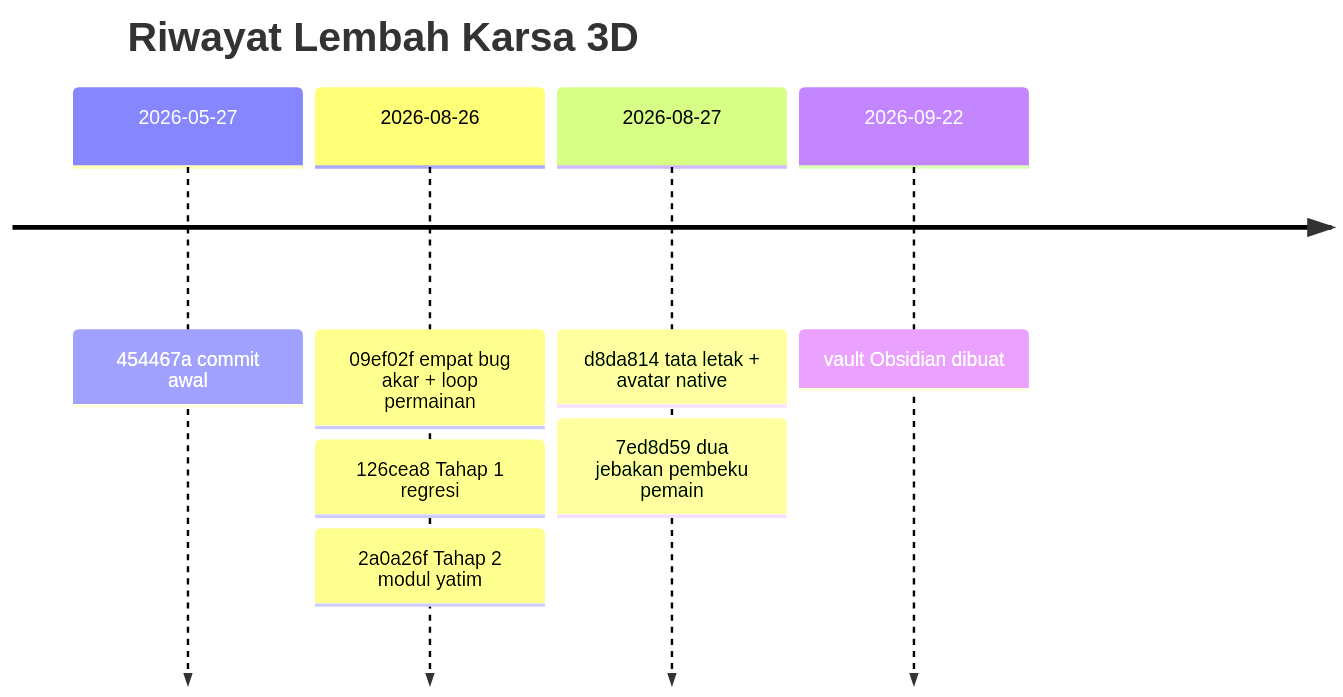
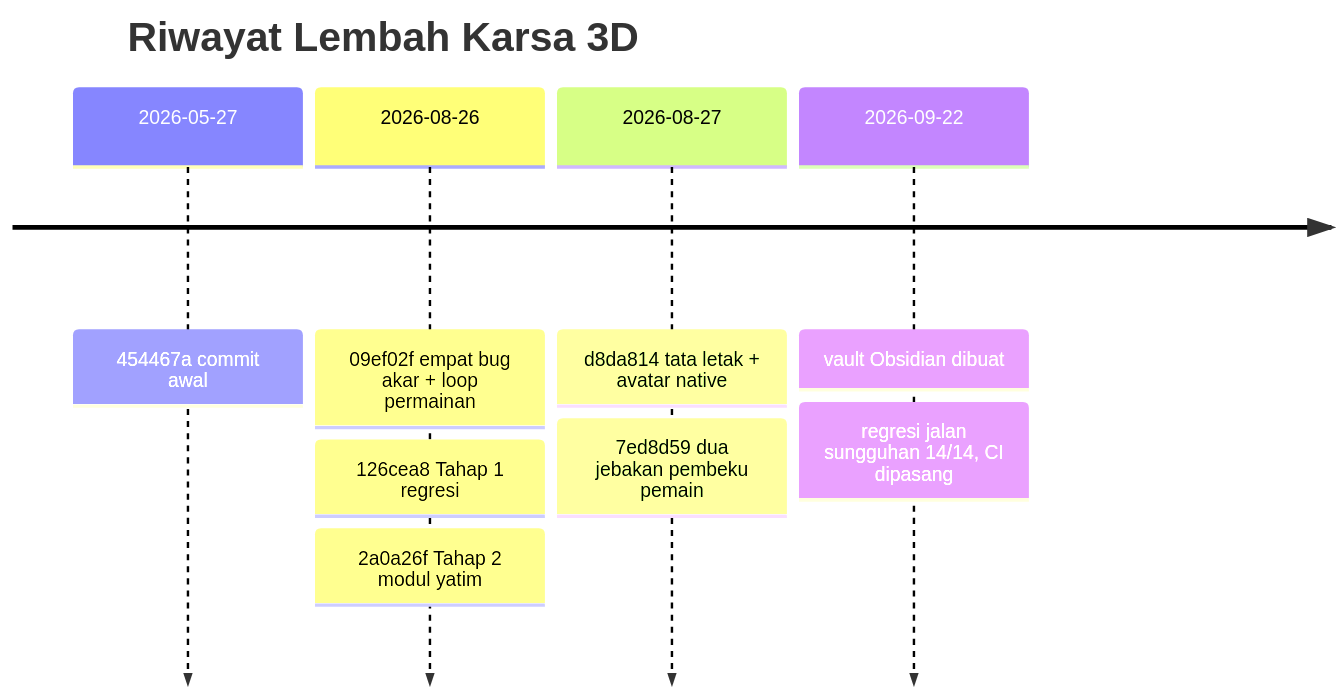
Before and after one commit to obdalamfa/karsa-Branch: the diagram in obsidian/00-Peta/Peta Progres.md, drawn with Mermaid. The commit also changed other lines of this file and 17 other files, not shown here.

````diff
--- a/obsidian/00-Peta/Peta Progres.md
+++ b/obsidian/00-Peta/Peta Progres.md
@@ -27,11 +27,12 @@
 ```mermaid
 timeline
     title Riwayat Lembah Karsa 3D
     2026-05-27 : 454467a commit awal
     2026-08-26 : 09ef02f empat bug akar + loop permainan
                : 126cea8 Tahap 1 regresi
                : 2a0a26f Tahap 2 modul yatim
     2026-08-27 : d8da814 tata letak + avatar native
                : 7ed8d59 dua jebakan pembeku pemain
     2026-09-22 : vault Obsidian dibuat
+               : regresi jalan sungguhan 14/14, CI dipasang
 ```
````
